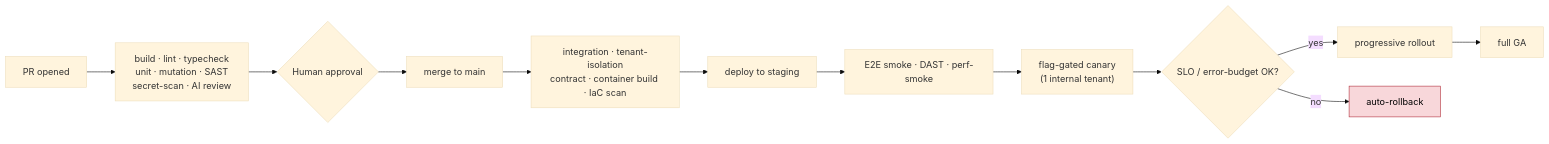
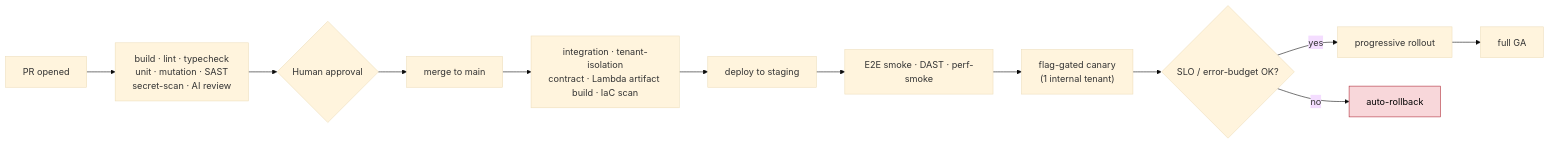
The seventh of 7 diagrams in execution.md (harshitsan/hcm), drawn with Mermaid (base theme) before and after one commit. The commit also changed other lines of this file, not shown here.

````diff
--- a/execution.md
+++ b/execution.md
@@ -409,17 +421,17 @@
 ```mermaid
 flowchart LR
   PR["PR opened"] --> CI1["build · lint · typecheck<br/>unit · mutation · SAST<br/>secret-scan · AI review"]
   CI1 --> HA{Human approval}
   HA --> MG["merge to main"]
-  MG --> CI2["integration · tenant-isolation<br/>contract · container build · IaC scan"]
+  MG --> CI2["integration · tenant-isolation<br/>contract · Lambda artifact build · IaC scan"]
   CI2 --> ST["deploy to staging"]
   ST --> CI3["E2E smoke · DAST · perf-smoke"]
   CI3 --> CAN["flag-gated canary<br/>(1 internal tenant)"]
   CAN --> SLO{SLO / error-budget OK?}
   SLO -->|yes| ROLL["progressive rollout"]
   SLO -->|no| RB["auto-rollback"]
   ROLL --> GA["full GA"]
 
   classDef fail fill:#f8d7da,stroke:#b02a37,color:#000;
   class RB fail;
 ```
````
